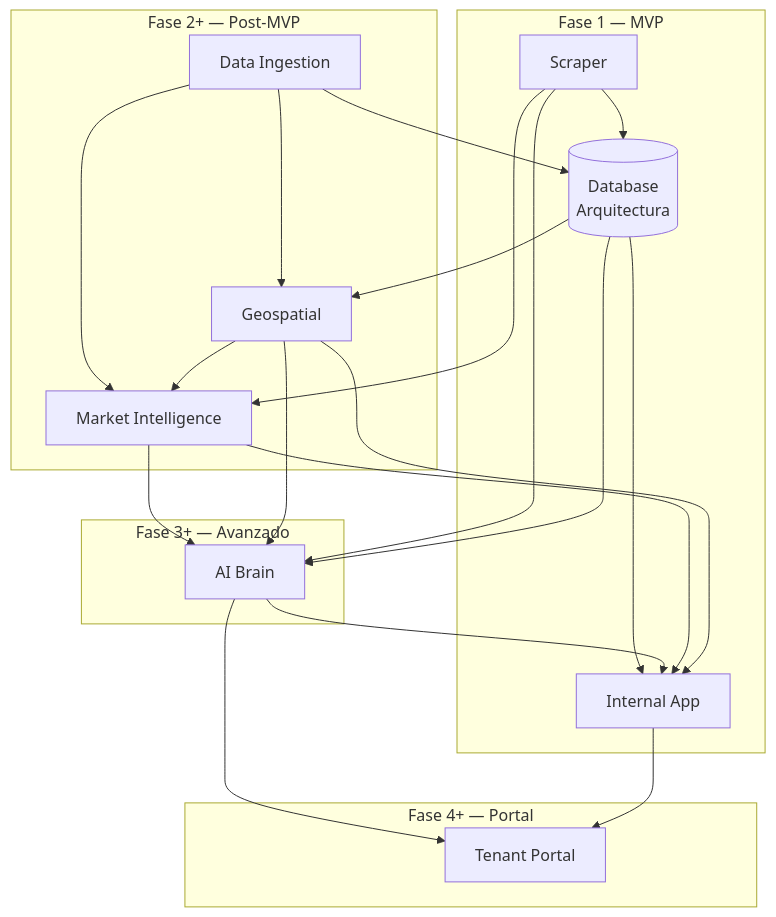
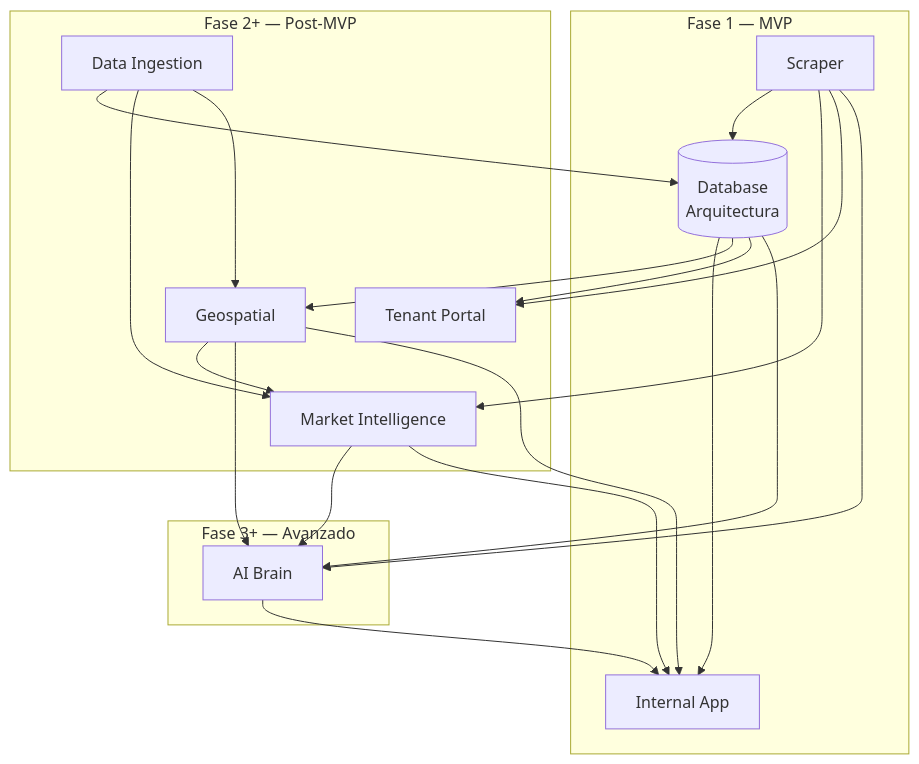
Before and after one commit to pablo-beiqa/beiqa-real-estate-platform: the diagram in 01-Modules/README.md, drawn with Mermaid. The commit also changed other lines of this file and 10 other files, not shown here.

First line of the commit message:
docs: documentar módulo Tenant Portal — discovery, requirements, auth strategy y alinear docs con realidad

````diff
--- a/01-Modules/README.md
+++ b/01-Modules/README.md
@@ -52,40 +52,37 @@
 ```mermaid
 flowchart TD
     subgraph MVP["Fase 1 — MVP"]
         SCR[Scraper]
         DB[(Database<br/>Arquitectura)]
         APP[Internal App]
     end
 
     subgraph POST["Fase 2+ — Post-MVP"]
         DI[Data Ingestion]
         MI[Market Intelligence]
         GEO[Geospatial]
+        TP[Tenant Portal]
     end
 
     subgraph ADV["Fase 3+ — Avanzado"]
         AI[AI Brain]
     end
 
-    subgraph PORTAL["Fase 4+ — Portal"]
-        TP[Tenant Portal]
-    end
-
     SCR --> DB
     DI --> DB
     DB --> APP
     DB --> GEO
+    DB --> TP
     SCR --> MI
+    SCR --> TP
     DI --> MI
     DI --> GEO
     GEO --> MI
     MI --> AI
     GEO --> AI
     SCR --> AI
     DB --> AI
     AI --> APP
-    AI --> TP
-    APP --> TP
     MI --> APP
     GEO --> APP
 ```
````
